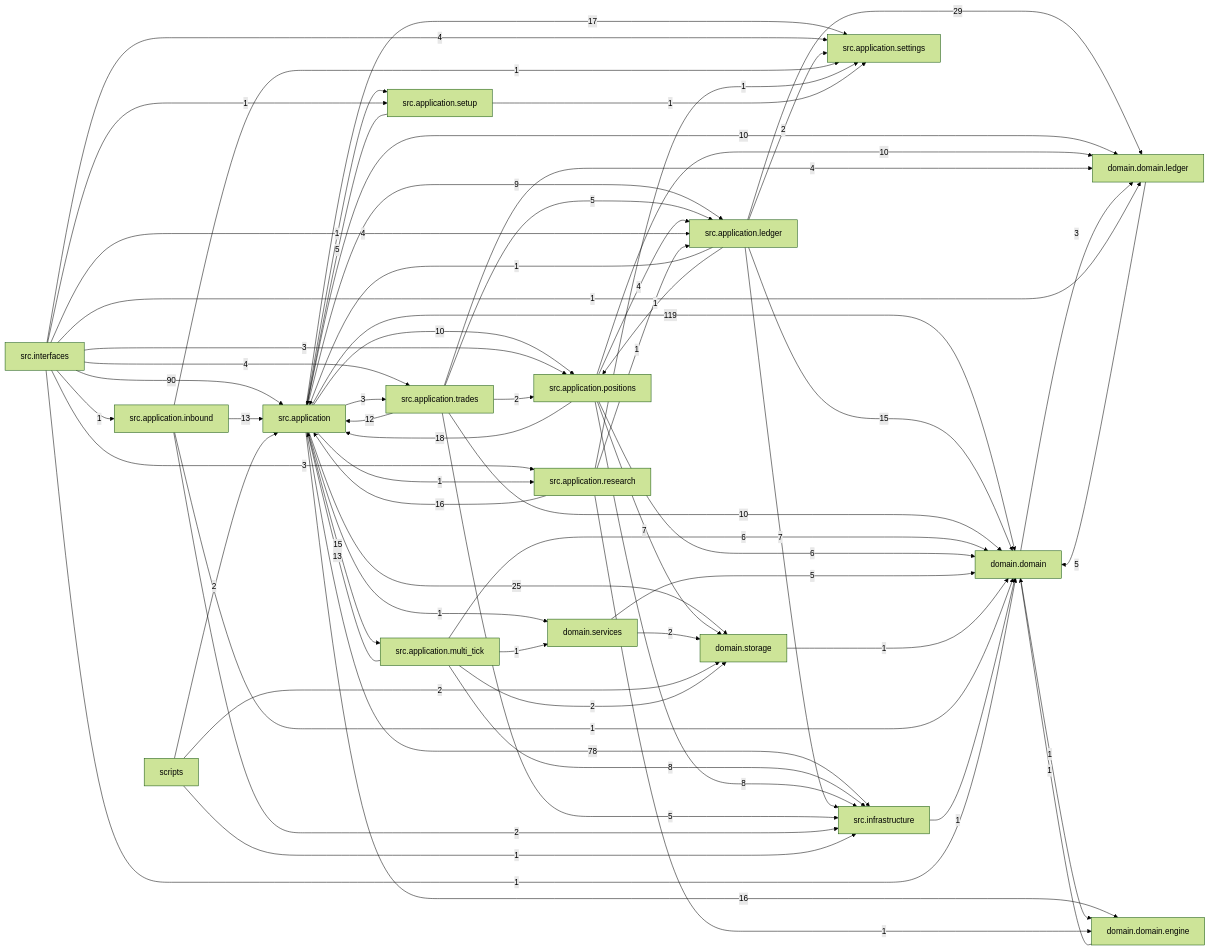
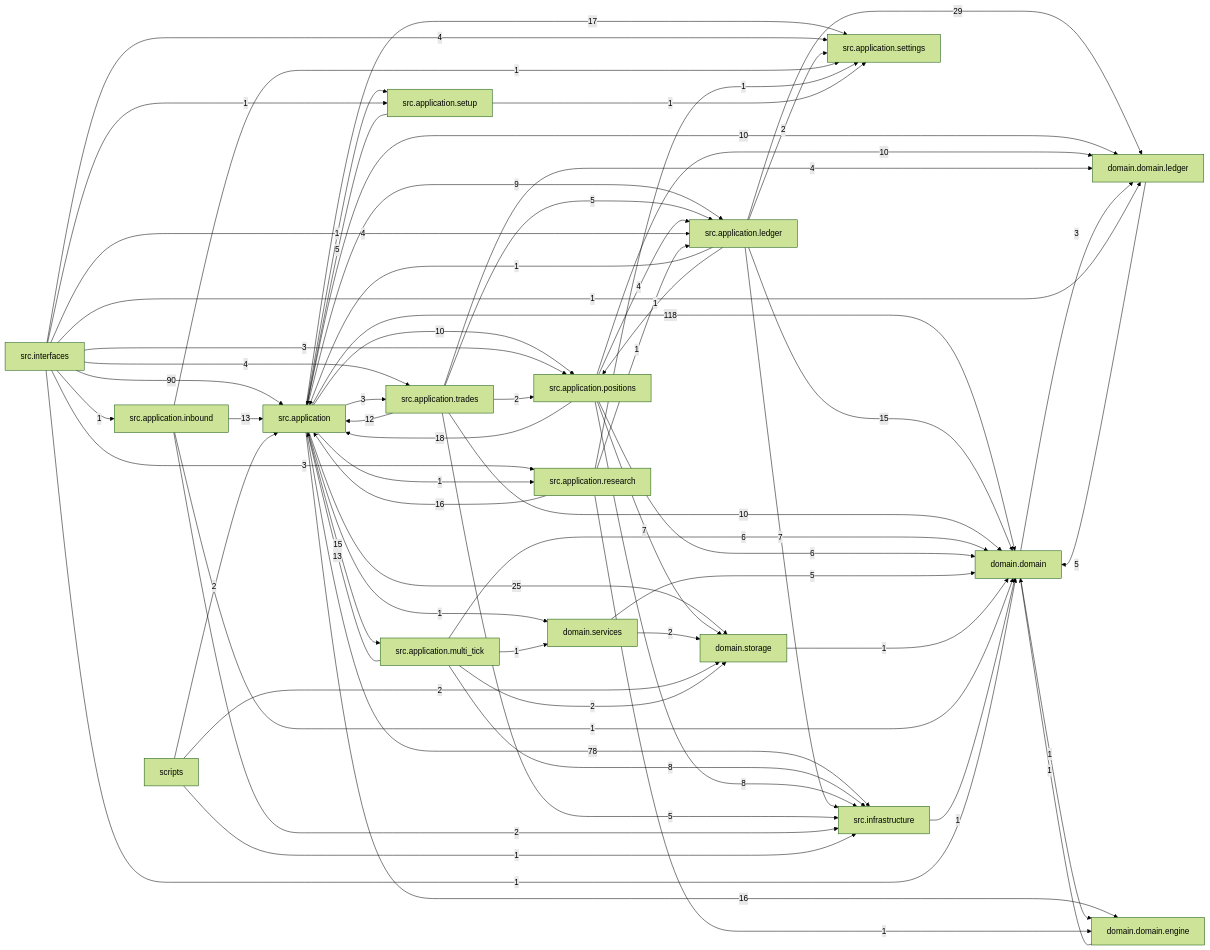
One commit to liuxie066/options-monitor changed the diagram in docs/dependency_graph.mmd. Above: the diagram before and after it, drawn with Mermaid (forest theme). The commit also changed 34 other files, not shown here.

```diff
--- a/docs/dependency_graph.mmd
+++ b/docs/dependency_graph.mmd
@@ -1,68 +1,68 @@
 flowchart LR
-  src_application["src.application"] -->|119| domain_domain["domain.domain"]
+  src_application["src.application"] -->|118| domain_domain["domain.domain"]
   src_interfaces["src.interfaces"] -->|90| src_application["src.application"]
   src_application["src.application"] -->|78| src_infrastructure["src.infrastructure"]
   src_application_ledger["src.application.ledger"] -->|29| domain_domain_ledger["domain.domain.ledger"]
   src_application["src.application"] -->|25| domain_storage["domain.storage"]
   src_application_positions["src.application.positions"] -->|18| src_application["src.application"]
   src_application["src.application"] -->|17| src_application_settings["src.application.settings"]
   src_application["src.application"] -->|16| domain_domain_engine["domain.domain.engine"]
   src_application_research["src.application.research"] -->|16| src_application["src.application"]
   src_application["src.application"] -->|15| src_application_multi_tick["src.application.multi_tick"]
   src_application_ledger["src.application.ledger"] -->|15| domain_domain["domain.domain"]
   src_application_inbound["src.application.inbound"] -->|13| src_application["src.application"]
   src_application_multi_tick["src.application.multi_tick"] -->|13| src_application["src.application"]
   src_application_trades["src.application.trades"] -->|12| src_application["src.application"]
   src_application["src.application"] -->|10| domain_domain_ledger["domain.domain.ledger"]
   src_application["src.application"] -->|10| src_application_positions["src.application.positions"]
   src_application_positions["src.application.positions"] -->|10| domain_domain_ledger["domain.domain.ledger"]
   src_application_trades["src.application.trades"] -->|10| domain_domain["domain.domain"]
   src_application["src.application"] -->|9| src_application_ledger["src.application.ledger"]
   src_application_multi_tick["src.application.multi_tick"] -->|8| src_infrastructure["src.infrastructure"]
   src_application_positions["src.application.positions"] -->|8| src_infrastructure["src.infrastructure"]
   src_application_ledger["src.application.ledger"] -->|7| src_infrastructure["src.infrastructure"]
   src_application_positions["src.application.positions"] -->|7| domain_storage["domain.storage"]
   src_application_multi_tick["src.application.multi_tick"] -->|6| domain_domain["domain.domain"]
   src_application_positions["src.application.positions"] -->|6| domain_domain["domain.domain"]
   domain_domain_ledger["domain.domain.ledger"] -->|5| domain_domain["domain.domain"]
   domain_services["domain.services"] -->|5| domain_domain["domain.domain"]
   src_application_setup["src.application.setup"] -->|5| src_application["src.application"]
   src_application_trades["src.application.trades"] -->|5| src_application_ledger["src.application.ledger"]
   src_application_trades["src.application.trades"] -->|5| src_infrastructure["src.infrastructure"]
   src_application_positions["src.application.positions"] -->|4| src_application_ledger["src.application.ledger"]
   src_application_trades["src.application.trades"] -->|4| domain_domain_ledger["domain.domain.ledger"]
   src_interfaces["src.interfaces"] -->|4| src_application_ledger["src.application.ledger"]
   src_interfaces["src.interfaces"] -->|4| src_application_settings["src.application.settings"]
   src_interfaces["src.interfaces"] -->|4| src_application_trades["src.application.trades"]
   domain_domain["domain.domain"] -->|3| domain_domain_ledger["domain.domain.ledger"]
   src_application["src.application"] -->|3| src_application_trades["src.application.trades"]
   src_interfaces["src.interfaces"] -->|3| src_application_positions["src.application.positions"]
   src_interfaces["src.interfaces"] -->|3| src_application_research["src.application.research"]
   domain_services["domain.services"] -->|2| domain_storage["domain.storage"]
   scripts["scripts"] -->|2| domain_storage["domain.storage"]
   scripts["scripts"] -->|2| src_application["src.application"]
   src_application_inbound["src.application.inbound"] -->|2| src_infrastructure["src.infrastructure"]
   src_application_ledger["src.application.ledger"] -->|2| src_application_settings["src.application.settings"]
   src_application_multi_tick["src.application.multi_tick"] -->|2| domain_storage["domain.storage"]
   src_application_trades["src.application.trades"] -->|2| src_application_positions["src.application.positions"]
   domain_domain["domain.domain"] -->|1| domain_domain_engine["domain.domain.engine"]
   domain_domain_engine["domain.domain.engine"] -->|1| domain_domain["domain.domain"]
   domain_storage["domain.storage"] -->|1| domain_domain["domain.domain"]
   scripts["scripts"] -->|1| src_infrastructure["src.infrastructure"]
   src_application["src.application"] -->|1| domain_services["domain.services"]
   src_application["src.application"] -->|1| src_application_research["src.application.research"]
   src_application["src.application"] -->|1| src_application_setup["src.application.setup"]
   src_application_inbound["src.application.inbound"] -->|1| domain_domain["domain.domain"]
   src_application_inbound["src.application.inbound"] -->|1| src_application_settings["src.application.settings"]
   src_application_ledger["src.application.ledger"] -->|1| src_application["src.application"]
   src_application_ledger["src.application.ledger"] -->|1| src_application_positions["src.application.positions"]
   src_application_multi_tick["src.application.multi_tick"] -->|1| domain_services["domain.services"]
   src_application_research["src.application.research"] -->|1| domain_domain_engine["domain.domain.engine"]
   src_application_research["src.application.research"] -->|1| src_application_ledger["src.application.ledger"]
   src_application_research["src.application.research"] -->|1| src_application_settings["src.application.settings"]
   src_application_setup["src.application.setup"] -->|1| src_application_settings["src.application.settings"]
   src_infrastructure["src.infrastructure"] -->|1| domain_domain["domain.domain"]
   src_interfaces["src.interfaces"] -->|1| domain_domain["domain.domain"]
   src_interfaces["src.interfaces"] -->|1| domain_domain_ledger["domain.domain.ledger"]
   src_interfaces["src.interfaces"] -->|1| src_application_inbound["src.application.inbound"]
   src_interfaces["src.interfaces"] -->|1| src_application_setup["src.application.setup"]
```
